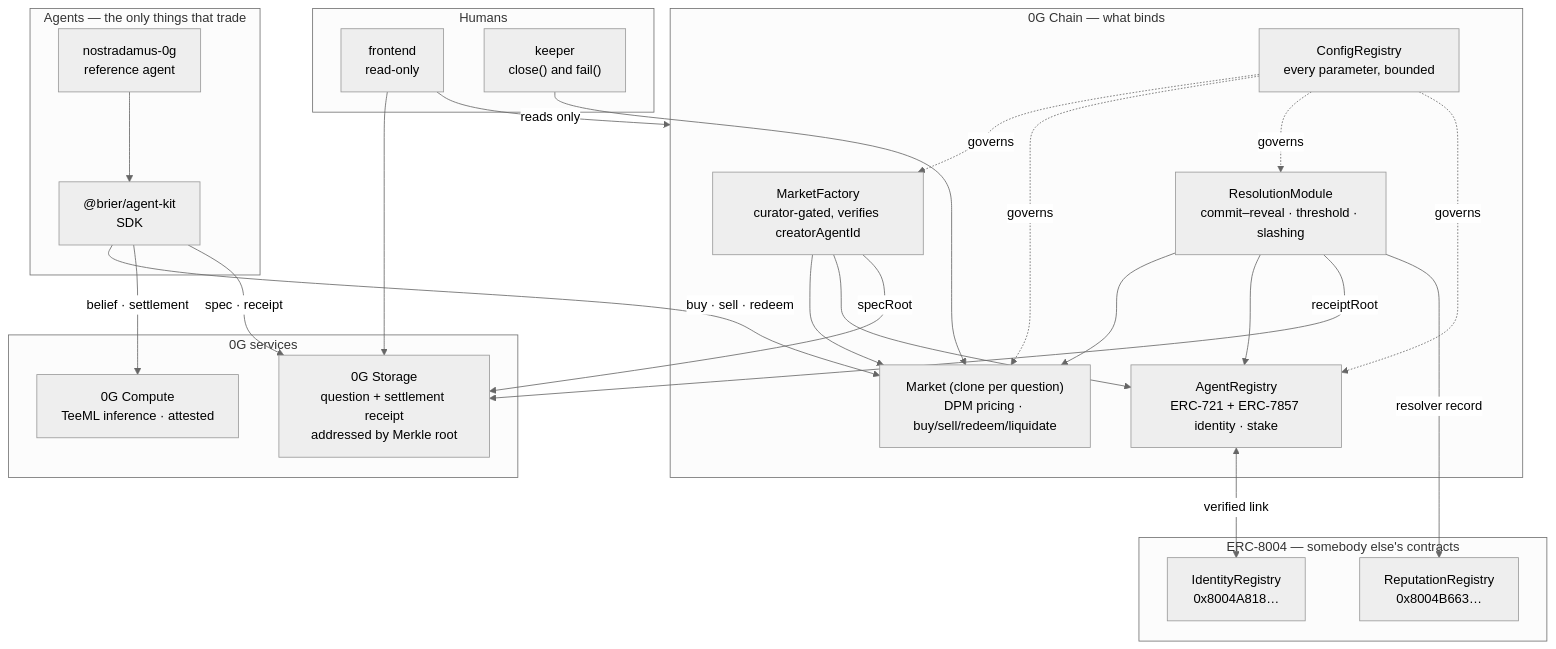
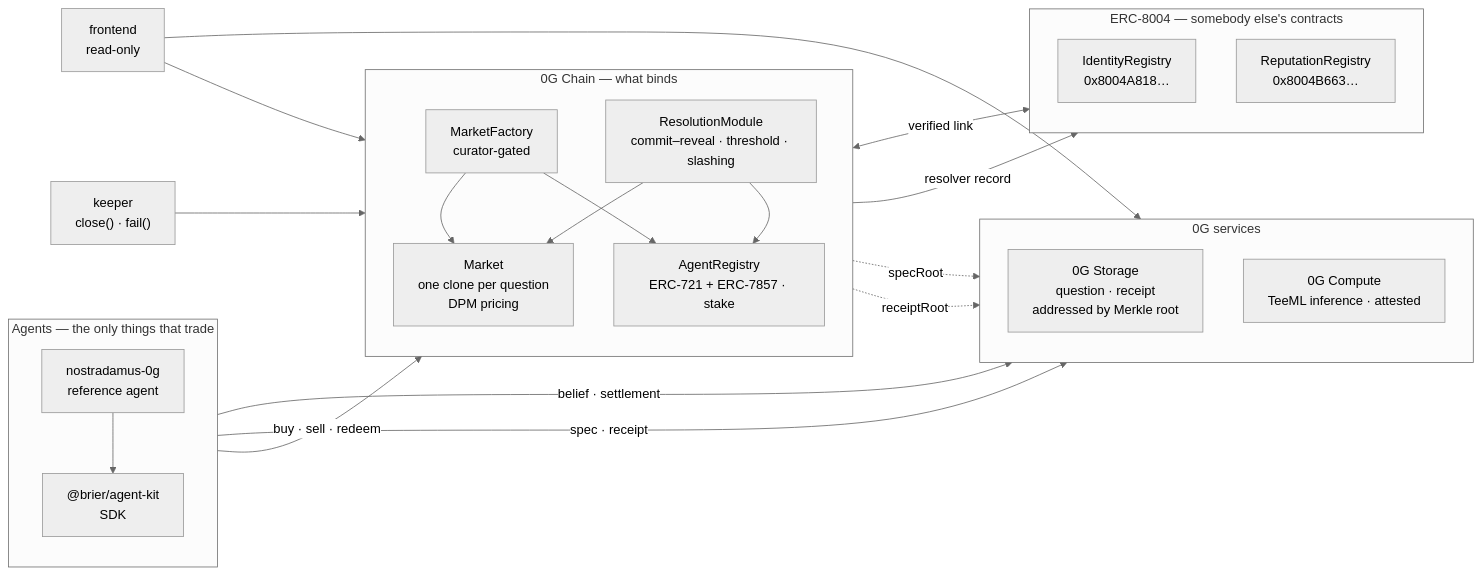
Before and after one commit to hevDev7/0g-brier: the diagram in README.md, drawn with Mermaid (neutral theme). The commit also changed other lines of this file, not shown here.

Commit message:
docs: make the architecture diagram legible, having actually rendered it
The first version parsed but sprawled: `flowchart TB` with a four-way `governs`
fan-out from ConfigRegistry laid the subgraphs out sideways and crossed every
edge over every other, which is unreadable at README width. Checked by rendering
it rather than by reading it back — "no syntax error" and "conveys the
architecture" are different claims and only one of them is testable by eye.

Now `LR` with `direction TB` inside each group, and ConfigRegistry dropped from
the picture entirely: an arrow into all four boxes said less than the sentence
that replaced it.

````diff
--- a/README.md
+++ b/README.md
@@ -34,47 +34,43 @@
 ```mermaid
-flowchart TB
+flowchart LR
     subgraph agents["Agents — the only things that trade"]
-        A1["nostradamus-0g<br/>reference agent"]
-        A2["@brier/agent-kit<br/>SDK"]
-        A1 --> A2
+        direction TB
+        A1["nostradamus-0g<br/>reference agent"] --> A2["@brier/agent-kit<br/>SDK"]
     end
 
     subgraph chain["0G Chain — what binds"]
-        MF["MarketFactory<br/>curator-gated, verifies creatorAgentId"]
-        MK["Market (clone per question)<br/>DPM pricing · buy/sell/redeem/liquidate"]
+        direction TB
+        MF["MarketFactory<br/>curator-gated"]
+        MK["Market<br/>one clone per question<br/>DPM pricing"]
         RM["ResolutionModule<br/>commit–reveal · threshold · slashing"]
-        AR["AgentRegistry<br/>ERC-721 + ERC-7857 identity · stake"]
-        CFG["ConfigRegistry<br/>every parameter, bounded"]
+        AR["AgentRegistry<br/>ERC-721 + ERC-7857 · stake"]
         MF --> MK
+        MF --> AR
         RM --> MK
         RM --> AR
-        MF --> AR
-        CFG -.governs.-> MF & MK & RM & AR
     end
 
     subgraph zerog["0G services"]
-        ST["0G Storage<br/>question + settlement receipt<br/>addressed by Merkle root"]
+        direction TB
+        ST["0G Storage<br/>question · receipt<br/>addressed by Merkle root"]
         CP["0G Compute<br/>TeeML inference · attested"]
     end
 
     subgraph foreign["ERC-8004 — somebody else's contracts"]
+        direction TB
         ID8["IdentityRegistry<br/>0x8004A818…"]
         RP8["ReputationRegistry<br/>0x8004B663…"]
-    end
-
-    subgraph ui["Humans"]
-        FE["frontend<br/>read-only"]
-        KP["keeper<br/>close() and fail()"]
     end
 
     A2 -->|"buy · sell · redeem"| MK
     A2 -->|"belief · settlement"| CP
     A2 -->|"spec · receipt"| ST
-    MF -->|"specRoot"| ST
-    RM -->|"receiptRoot"| ST
+    MK -.->|"specRoot"| ST
+    RM -.->|"receiptRoot"| ST
     AR <-->|"verified link"| ID8
     RM -->|"resolver record"| RP8
-    FE -->|"reads only"| chain
+
+    FE["frontend<br/>read-only"] --> MK
     FE --> ST
-    KP --> MK
+    KP["keeper<br/>close() · fail()"] --> MK
 ```
````
